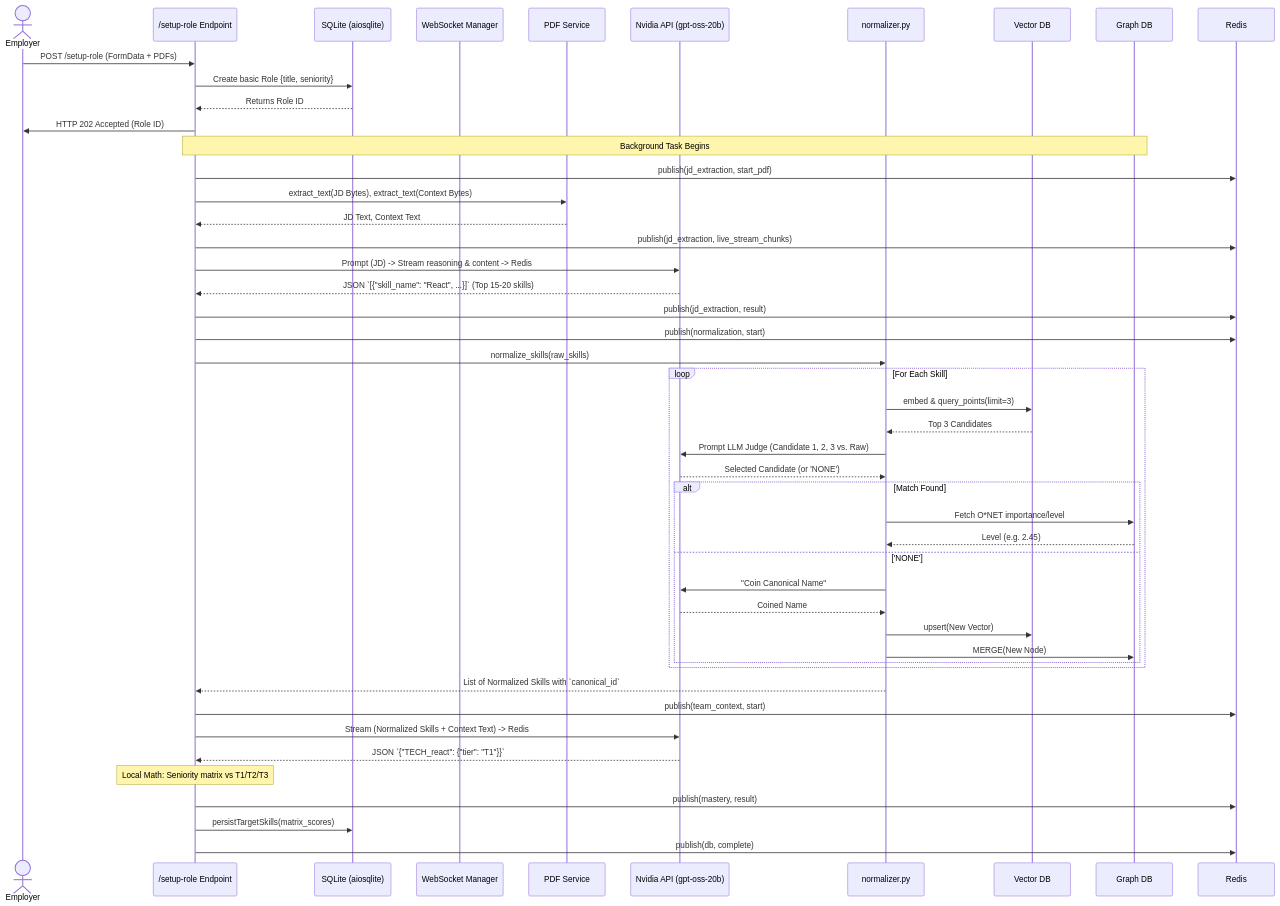
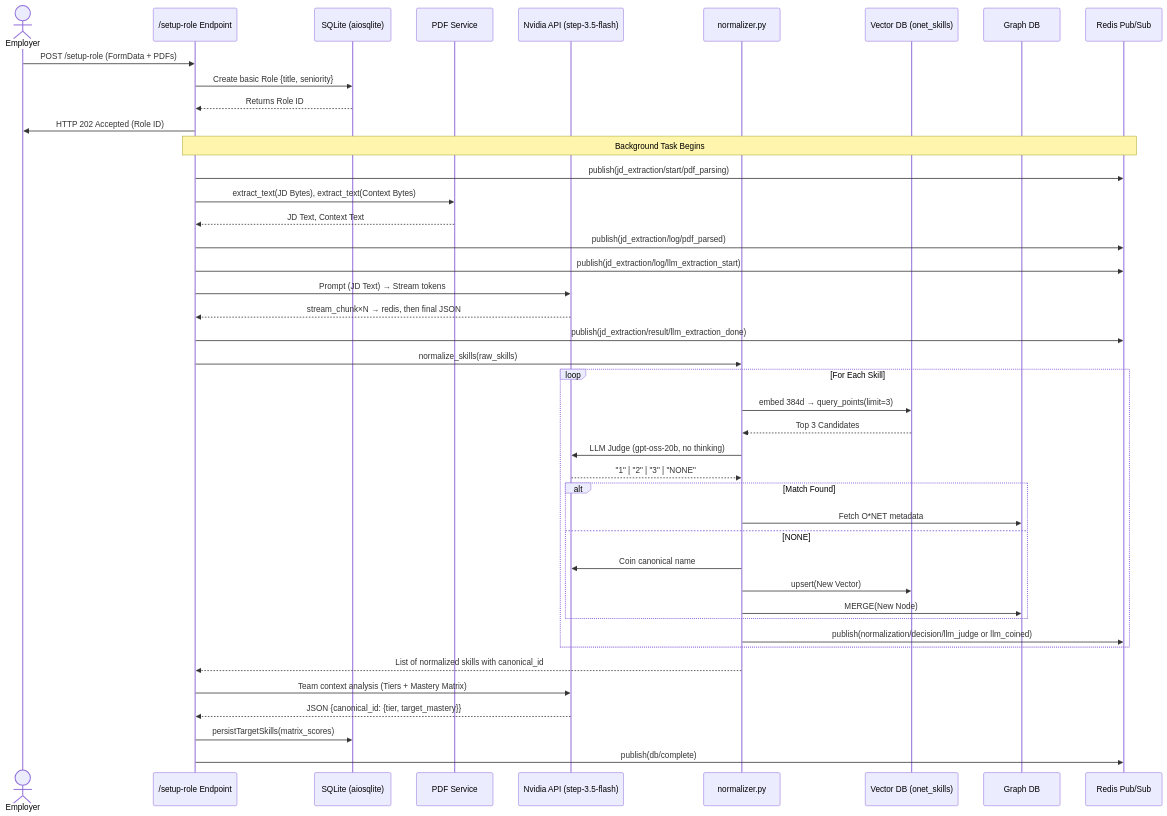
Before and after one commit to ujwal-s-r/IISC_emp_onboarding_proj: the first of 3 diagrams in docs/working.md, drawn with Mermaid. The commit also changed other lines of this file and 17 other files, not shown here.

````diff
--- a/docs/working.md
+++ b/docs/working.md
@@ -15,59 +17,51 @@
 ```mermaid
 sequenceDiagram
     actor Employer
     participant API as /setup-role Endpoint
     participant DB as SQLite (aiosqlite)
-    participant Socket as WebSocket Manager
     participant PDF as PDF Service
-    participant LLM as Nvidia API (gpt-oss-20b)
+    participant LLM as Nvidia API (step-3.5-flash)
     participant Norm as normalizer.py
-    participant Qdrant as Vector DB
+    participant Qdrant as Vector DB (onet_skills)
     participant Neo4j as Graph DB
+    participant Redis as Redis Pub/Sub
 
     Employer->>API: POST /setup-role (FormData + PDFs)
     API->>DB: Create basic Role {title, seniority}
     DB-->>API: Returns Role ID
     API->>Employer: HTTP 202 Accepted (Role ID)
-    
-    note over API, Neo4j: Background Task Begins
 
-    API->>Redis: publish(jd_extraction, start_pdf)
+    note over API, Redis: Background Task Begins
+
+    API->>Redis: publish(jd_extraction/start/pdf_parsing)
     API->>PDF: extract_text(JD Bytes), extract_text(Context Bytes)
     PDF-->>API: JD Text, Context Text
-    
-    API->>Redis: publish(jd_extraction, live_stream_chunks)
-    API->>LLM: Prompt (JD) -> Stream reasoning & content -> Redis
-    LLM-->>API: JSON `[{"skill_name": "React", ...}]` (Top 15-20 skills)
-    API->>Redis: publish(jd_extraction, result)
-    
-    API->>Redis: publish(normalization, start)
+    API->>Redis: publish(jd_extraction/log/pdf_parsed)
+
+    API->>Redis: publish(jd_extraction/log/llm_extraction_start)
+    API->>LLM: Prompt (JD Text) → Stream tokens
+    LLM-->>API: stream_chunk×N → redis, then final JSON
+    API->>Redis: publish(jd_extraction/result/llm_extraction_done)
+
     API->>Norm: normalize_skills(raw_skills)
-    
     loop For Each Skill
-        Norm->>Qdrant: embed & query_points(limit=3)
+        Norm->>Qdrant: embed 384d → query_points(limit=3)
         Qdrant-->>Norm: Top 3 Candidates
-        Norm->>LLM: Prompt LLM Judge (Candidate 1, 2, 3 vs. Raw)
-        LLM-->>Norm: Selected Candidate (or 'NONE')
-        
+        Norm->>LLM: LLM Judge (gpt-oss-20b, no thinking)
+        LLM-->>Norm: "1" | "2" | "3" | "NONE"
         alt Match Found
-            Norm->>Neo4j: Fetch O*NET importance/level
-            Neo4j-->>Norm: Level (e.g. 2.45)
-        else 'NONE'
-            Norm->>LLM: "Coin Canonical Name"
-            LLM-->>Norm: Coined Name
+            Norm->>Neo4j: Fetch O*NET metadata
+        else NONE
+            Norm->>LLM: Coin canonical name
             Norm->>Qdrant: upsert(New Vector)
             Norm->>Neo4j: MERGE(New Node)
         end
+        Norm->>Redis: publish(normalization/decision/llm_judge or llm_coined)
     end
-    Norm-->>API: List of Normalized Skills with `canonical_id`
-    
-    API->>Redis: publish(team_context, start)
-    API->>LLM: Stream (Normalized Skills + Context Text) -> Redis
-    LLM-->>API: JSON `{"TECH_react": {"tier": "T1"}}`
-    
-    note over API: Local Math: Seniority matrix vs T1/T2/T3
-    API->>Redis: publish(mastery, result)
-    
+    Norm-->>API: List of normalized skills with canonical_id
+
+    API->>LLM: Team context analysis (Tiers + Mastery Matrix)
+    LLM-->>API: JSON {canonical_id: {tier, target_mastery}}
     API->>DB: persistTargetSkills(matrix_scores)
-    API->>Redis: publish(db, complete)
+    API->>Redis: publish(db/complete)
 ```
````
